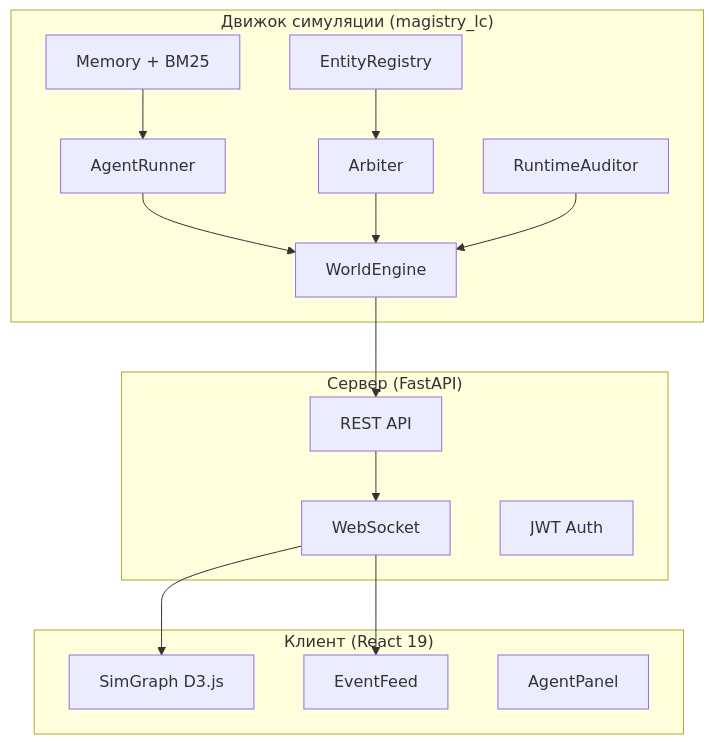
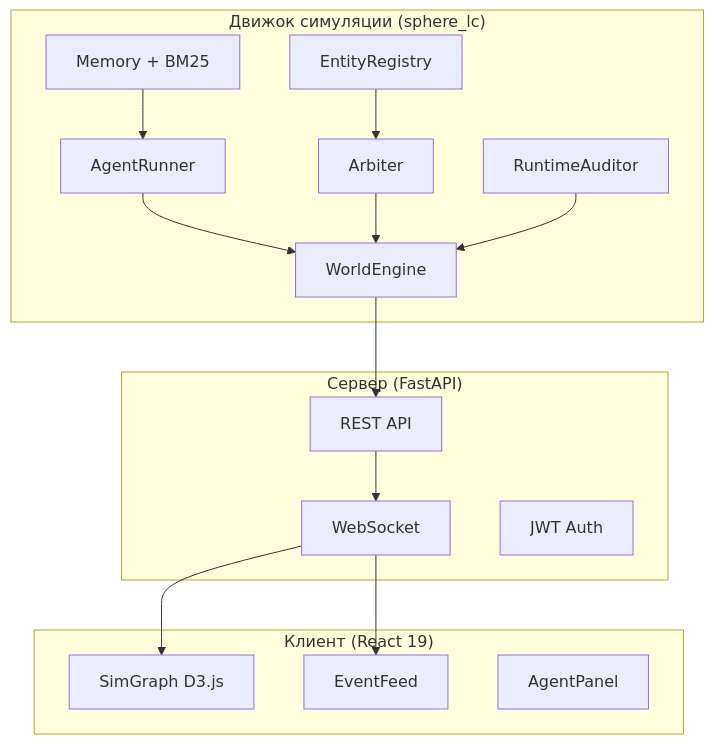
One commit to gliseop/SPHERE changed the diagram in README.md. Above: the diagram before and after it, drawn with Mermaid. The commit also changed other lines of this file and 93 other files, not shown here.

````diff
--- a/README.md
+++ b/README.md
@@ -87,33 +87,33 @@
 ```mermaid
 graph TB
-    subgraph Движок["Движок симуляции (magistry_lc)"]
+    subgraph Движок["Движок симуляции (sphere_lc)"]
         ENGINE[WorldEngine]
         AGENT[AgentRunner]
         ARB[Arbiter]
         AUD[RuntimeAuditor]
         MEM[Memory + BM25]
         ENT[EntityRegistry]
     end
 
     subgraph Сервер["Сервер (FastAPI)"]
         REST[REST API]
         WS[WebSocket]
         AUTH[JWT Auth]
     end
 
     subgraph Клиент["Клиент (React 19)"]
         GRAPH[SimGraph D3.js]
         FEED[EventFeed]
         PANEL[AgentPanel]
     end
 
     ENGINE --> REST
     REST --> WS
     WS --> GRAPH
     WS --> FEED
     AGENT --> ENGINE
     MEM --> AGENT
     ARB --> ENGINE
     AUD --> ENGINE
     ENT --> ARB
 ```
````
